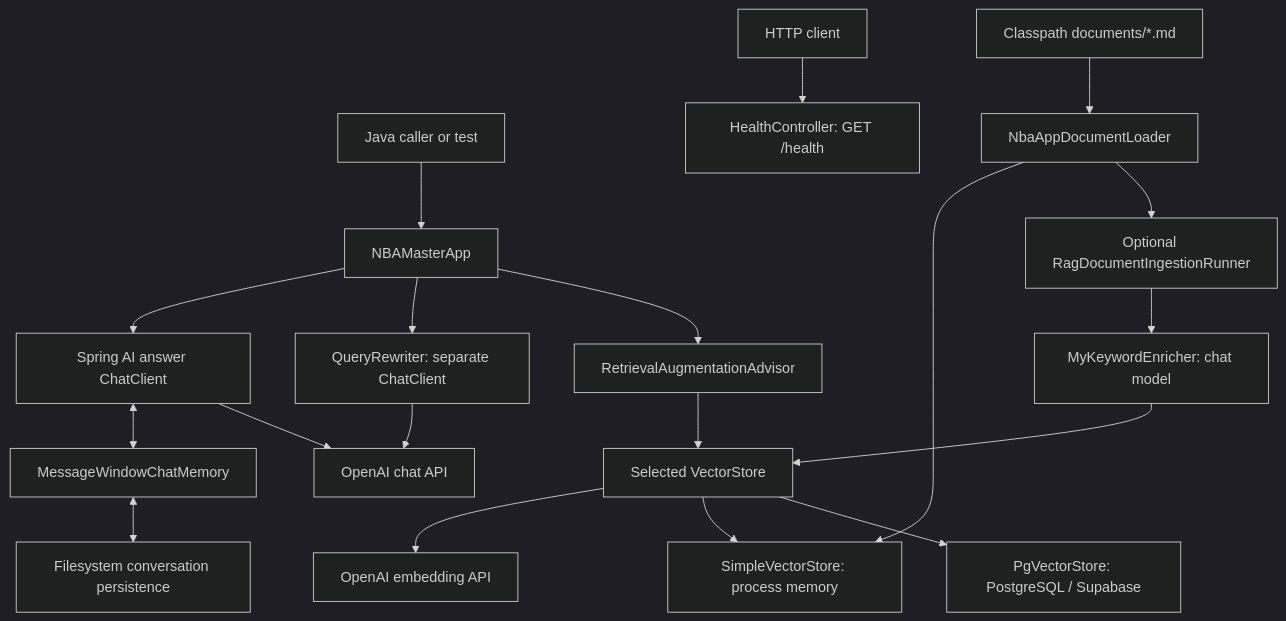
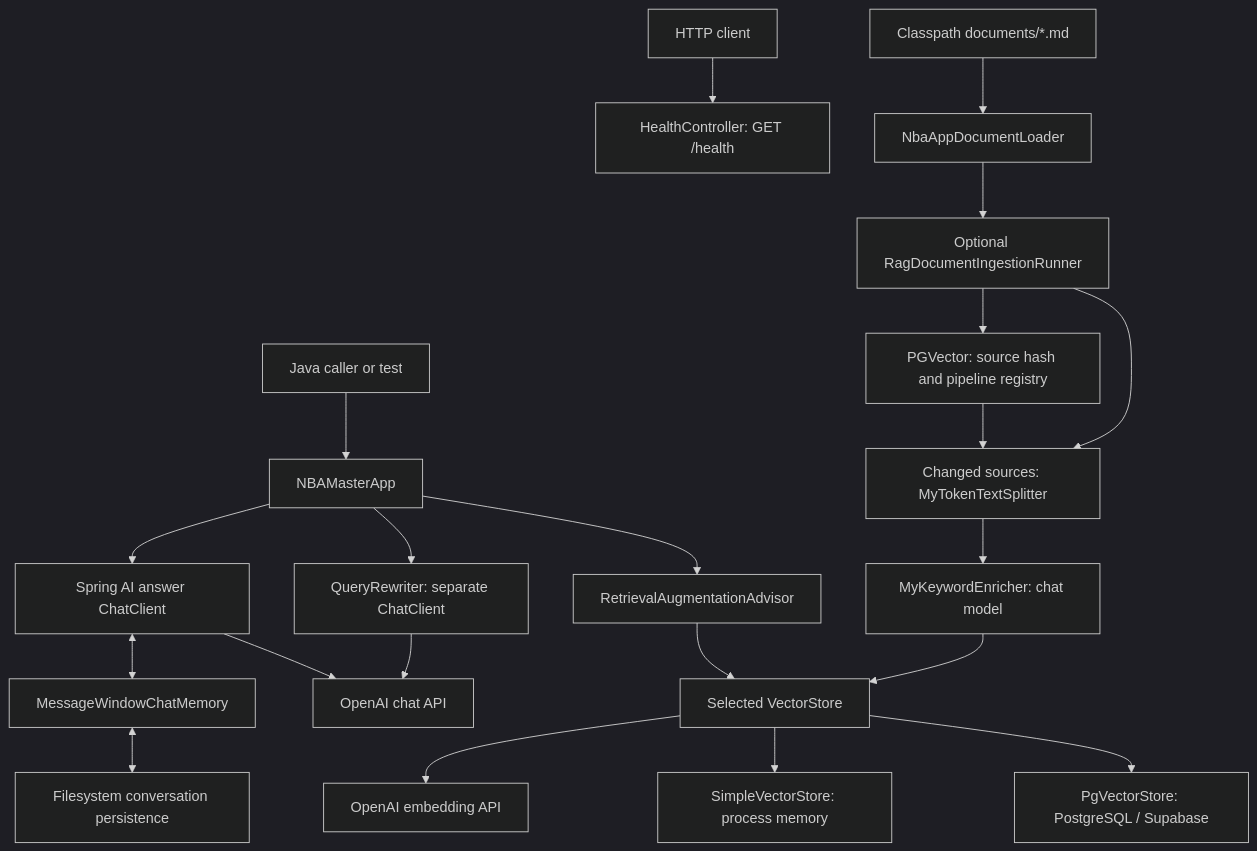
The diagram in Architecture.md (PeterTian0626/nba-game-master), drawn with Mermaid (dark theme) before and after one commit. The commit also changed other lines of this file and 17 other files, not shown here.

````diff
--- a/Architecture.md
+++ b/Architecture.md
@@ -11,21 +11,23 @@
 ```mermaid
 flowchart TD
     Caller[Java caller or test] --> App[NBAMasterApp]
     HTTP[HTTP client] --> Health[HealthController: GET /health]
     App --> Answer[Spring AI answer ChatClient]
     Answer <--> Memory[MessageWindowChatMemory]
     Memory <--> Disk[Filesystem conversation persistence]
     App --> Rewrite[QueryRewriter: separate ChatClient]
     Rewrite --> OpenAI[OpenAI chat API]
     Answer --> OpenAI
     App --> RAG[RetrievalAugmentationAdvisor]
     RAG --> Store[Selected VectorStore]
     Store --> Embeddings[OpenAI embedding API]
     Store --> Simple[SimpleVectorStore: process memory]
     Store --> PG[PgVectorStore: PostgreSQL / Supabase]
     Corpus[Classpath documents/*.md] --> Loader[NbaAppDocumentLoader]
-    Loader --> Simple
     Loader --> Ingest[Optional RagDocumentIngestionRunner]
-    Ingest --> Enricher[MyKeywordEnricher: chat model]
+    Ingest --> Registry[PGVector: source hash and pipeline registry]
+    Registry --> Split[Changed sources: MyTokenTextSplitter]
+    Ingest --> Split
+    Split --> Enricher[MyKeywordEnricher: chat model]
     Enricher --> Store
 ```
````
